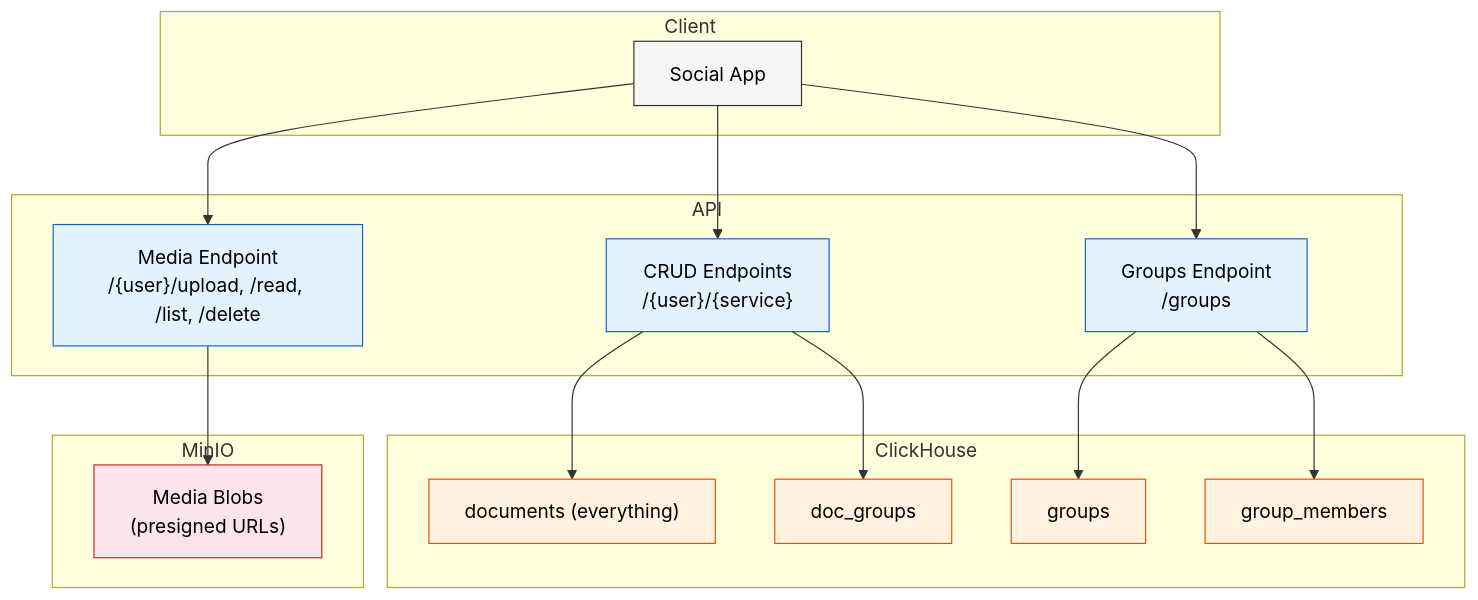
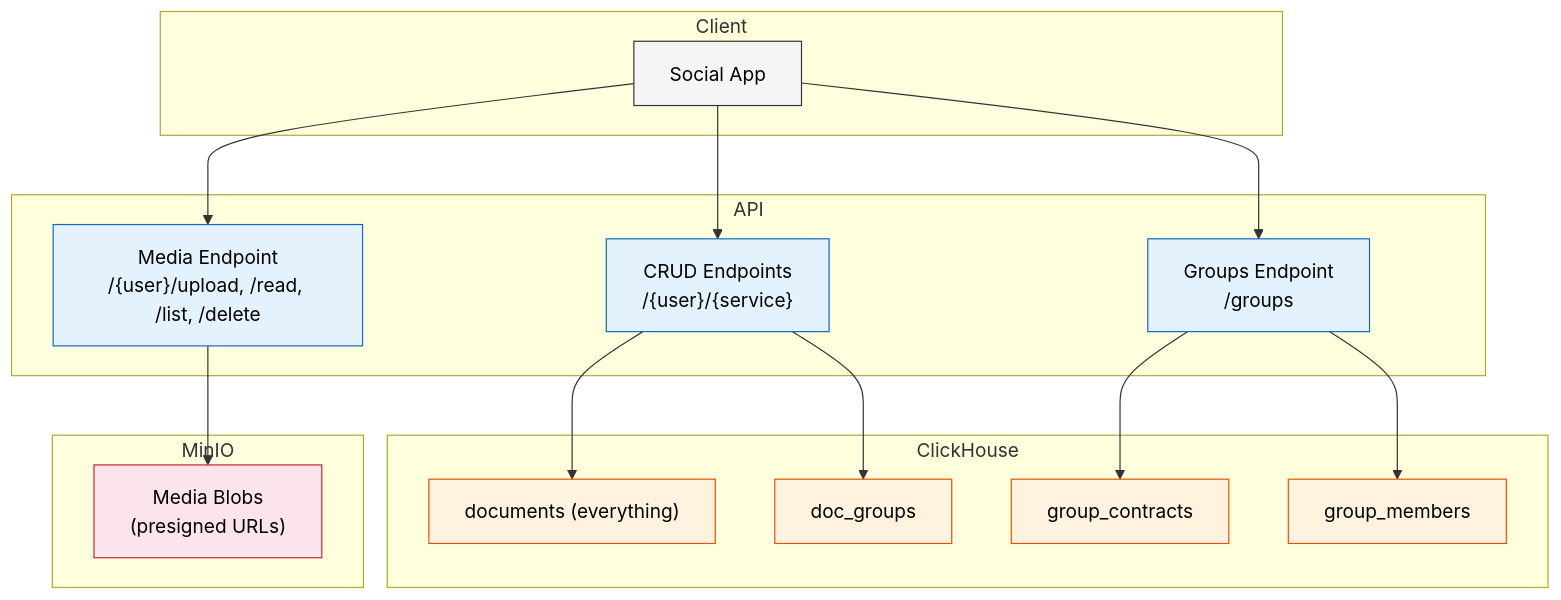
One commit to jacoby149/web10 changed the first of 7 diagrams in knowledge/knowledge-base/web10-v3-brainstorm/overview.md. Above: the diagram before and after it, drawn with Mermaid. The commit also changed other lines of this file and 29 other files, not shown here.

````diff
--- a/knowledge/knowledge-base/web10-v3-brainstorm/overview.md
+++ b/knowledge/knowledge-base/web10-v3-brainstorm/overview.md
@@ -24,42 +24,42 @@
 ```mermaid
 graph TB
     subgraph Client
         App["Social App"]
     end
 
     subgraph API
         CRUD["CRUD Endpoints\n/{user}/{service}"]
         Groups["Groups Endpoint\n/groups"]
         Media["Media Endpoint\n/{user}/upload, /read, /list, /delete"]
     end
 
     subgraph ClickHouse
         Documents["documents (everything)"]
         DocGroups["doc_groups"]
-        GroupsTable["groups"]
+        GroupContracts["group_contracts"]
         GroupMembers["group_members"]
     end
 
     subgraph MinIO
         Blobs["Media Blobs\n(presigned URLs)"]
     end
 
     App --> CRUD
     App --> Groups
     App --> Media
     CRUD --> Documents
     CRUD --> DocGroups
-    Groups --> GroupsTable
+    Groups --> GroupContracts
     Groups --> GroupMembers
     Media --> Blobs
 
     style App fill:#f5f5f5,stroke:#333,color:#000
     style CRUD fill:#e3f2fd,stroke:#1565c0,color:#000
     style Groups fill:#e3f2fd,stroke:#1565c0,color:#000
     style Media fill:#e3f2fd,stroke:#1565c0,color:#000
     style Documents fill:#fff3e0,stroke:#e65100,color:#000
     style DocGroups fill:#fff3e0,stroke:#e65100,color:#000
-    style GroupsTable fill:#fff3e0,stroke:#e65100,color:#000
+    style GroupContracts fill:#fff3e0,stroke:#e65100,color:#000
     style GroupMembers fill:#fff3e0,stroke:#e65100,color:#000
     style Blobs fill:#fce4ec,stroke:#c62828,color:#000
 ```
````
